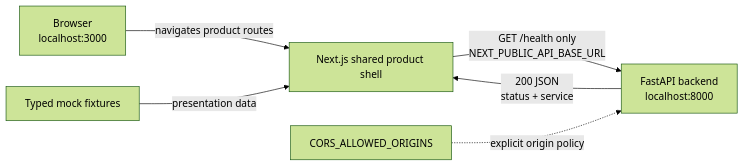
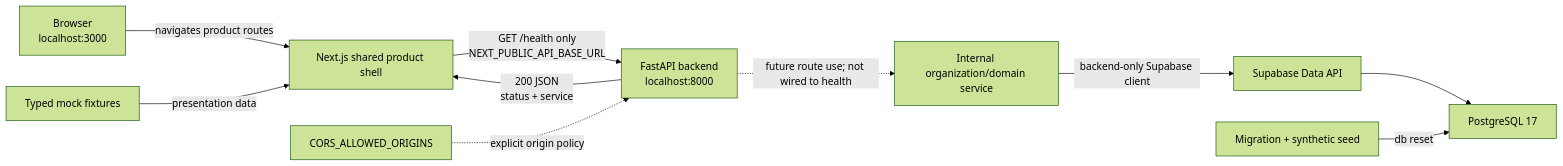
One commit to themontyboi/autonomous-shadow-it-tracker changed the diagram in docs/architecture.md. Above: the diagram before and after it, drawn with Mermaid (forest theme). The commit also changed other lines of this file and 10 other files, not shown here.

Commit message:
milestone 3: add Supabase schema and documentation

````diff
--- a/docs/architecture.md
+++ b/docs/architecture.md
@@ -11,8 +12,12 @@
 ```mermaid
 flowchart LR
     B["Browser<br/>localhost:3000"] -->|"navigates product routes"| N["Next.js shared product shell"]
     M["Typed mock fixtures"] -->|"presentation data"| N
     N -->|"GET /health only<br/>NEXT_PUBLIC_API_BASE_URL"| F["FastAPI backend<br/>localhost:8000"]
     F -->|"200 JSON<br/>status + service"| N
     C["CORS_ALLOWED_ORIGINS"] -.->|"explicit origin policy"| F
+    S["Internal organization/domain service"] -->|"backend-only Supabase client"| D["Supabase Data API"]
+    F -.->|"future route use; not wired to health"| S
+    D --> P["PostgreSQL 17"]
+    X["Migration + synthetic seed"] -->|"db reset"| P
 ```
````
